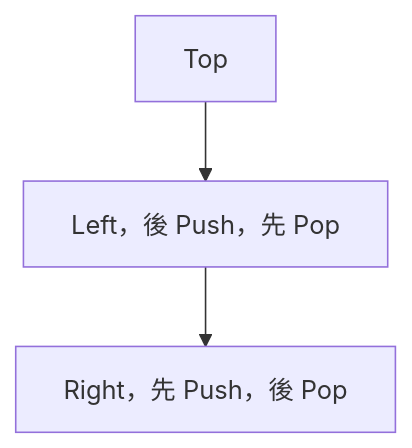
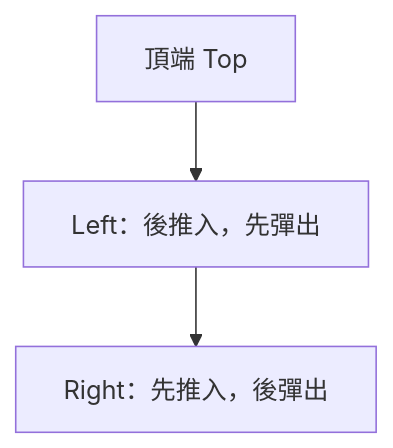
Before and after one commit to davidchen0970/algorithm_note: the seventh of 16 diagrams in 02_data_structures/08_stack.md, drawn with Mermaid. The commit also changed other lines of this file and 2 other files, not shown here.

````diff
--- a/02_data_structures/08_stack.md
+++ b/02_data_structures/08_stack.md
@@ -538,5 +563,5 @@
 ```mermaid
 flowchart TB
-    T[Top] --> L[Left，後 Push，先 Pop]
-    L --> X[Right，先 Push，後 Pop]
+    T["頂端 Top"] --> L["Left：後推入，先彈出"]
+    L --> X["Right：先推入，後彈出"]
 ```
````
